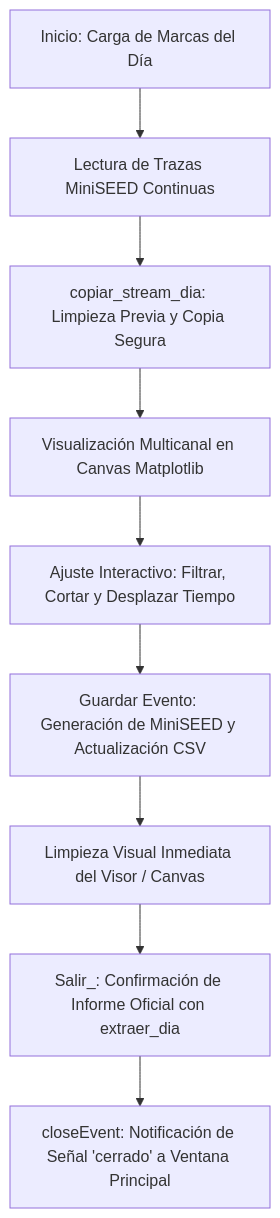
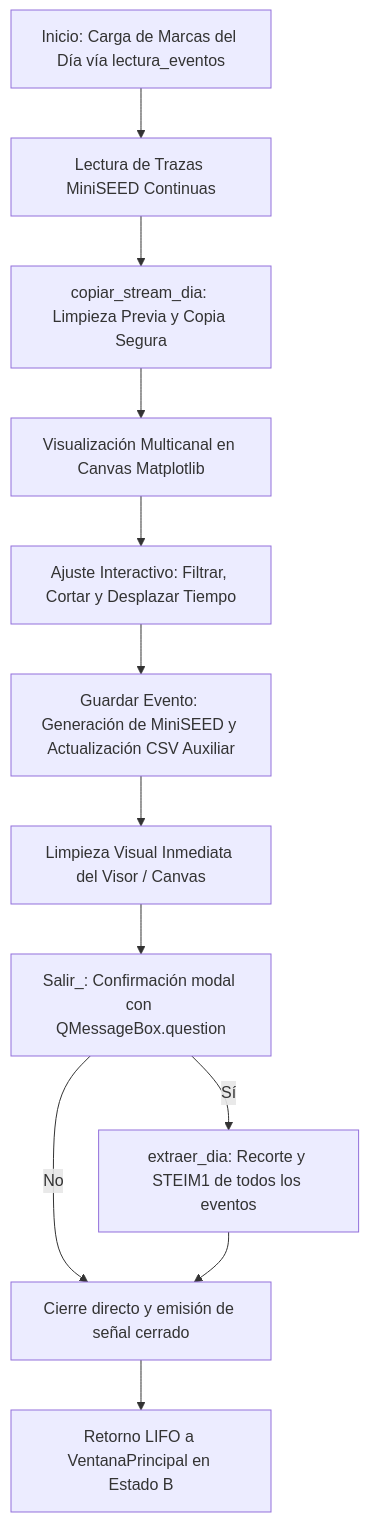
One commit to RedSismicaAustro/rsa_sismologia changed the diagram in src/subprogramas/extraer_integrado_contx.md. Above: the diagram before and after it, drawn with Mermaid. The commit also changed other lines of this file and 31 other files, not shown here.

````diff
--- a/src/subprogramas/extraer_integrado_contx.md
+++ b/src/subprogramas/extraer_integrado_contx.md
@@ -22,11 +22,14 @@
 ```mermaid
 graph TD
-    A[Inicio: Carga de Marcas del Día] --> B[Lectura de Trazas MiniSEED Continuas]
+    A[Inicio: Carga de Marcas del Día vía lectura_eventos] --> B[Lectura de Trazas MiniSEED Continuas]
     B --> C[copiar_stream_dia: Limpieza Previa y Copia Segura]
     C --> D[Visualización Multicanal en Canvas Matplotlib]
     D --> E[Ajuste Interactivo: Filtrar, Cortar y Desplazar Tiempo]
-    E --> F[Guardar Evento: Generación de MiniSEED y Actualización CSV]
+    E --> F[Guardar Evento: Generación de MiniSEED y Actualización CSV Auxiliar]
     F --> G[Limpieza Visual Inmediata del Visor / Canvas]
-    G --> H[Salir_: Confirmación de Informe Oficial con extraer_dia]
-    H --> I[closeEvent: Notificación de Señal 'cerrado' a Ventana Principal]
+    G --> H[Salir_: Confirmación modal con QMessageBox.question]
+    H -->|Sí| I[extraer_dia: Recorte y STEIM1 de todos los eventos]
+    H -->|No| J[Cierre directo y emisión de señal cerrado]
+    I --> J
+    J --> K[Retorno LIFO a VentanaPrincipal en Estado B]
 ```
````
